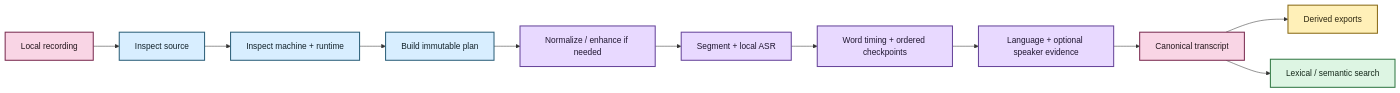
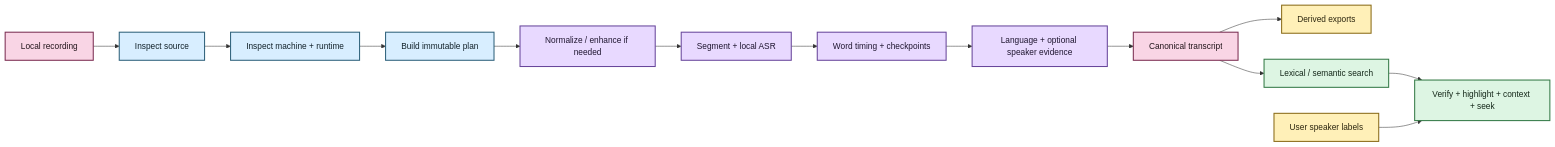
One commit to SSD1805/EchoFlow changed the diagram in docs/architecture/processing-capabilities.md. Above: the diagram before and after it, drawn with Mermaid. The commit also changed other lines of this file, not shown here.

````diff
--- a/docs/architecture/processing-capabilities.md
+++ b/docs/architecture/processing-capabilities.md
@@ -34,25 +35,27 @@
 ```mermaid
 flowchart LR
     A[Local recording] --> B[Inspect source]
     B --> C[Inspect machine + runtime]
     C --> D[Build immutable plan]
     D --> E[Normalize / enhance if needed]
     E --> F[Segment + local ASR]
-    F --> G[Word timing + ordered checkpoints]
+    F --> G[Word timing + checkpoints]
     G --> H[Language + optional speaker evidence]
     H --> I[Canonical transcript]
     I --> J[Derived exports]
     I --> K[Lexical / semantic search]
+    K --> N[Verify + highlight + context + seek]
+    U[User speaker labels] --> N
 
     classDef evidence fill:#F9D5E5,stroke:#7B2E52,stroke-width:2px,color:#22151B
     classDef inspect fill:#D8EEFF,stroke:#2E617B,stroke-width:2px,color:#12222A
     classDef process fill:#E8D9FF,stroke:#68469B,stroke-width:2px,color:#1F1630
     classDef publish fill:#FFF0B8,stroke:#8A6B18,stroke-width:2px,color:#2C260F
     classDef result fill:#DDF5E3,stroke:#347A46,stroke-width:2px,color:#142719
 
     class A,I evidence
     class B,C,D inspect
     class E,F,G,H process
-    class J publish
-    class K result
+    class J,U publish
+    class K,N result
 ```
````
